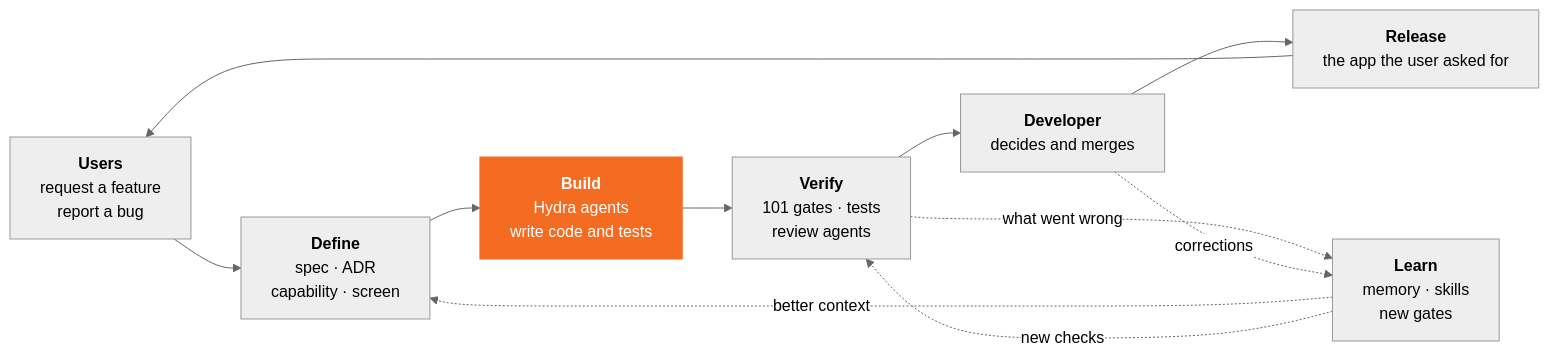
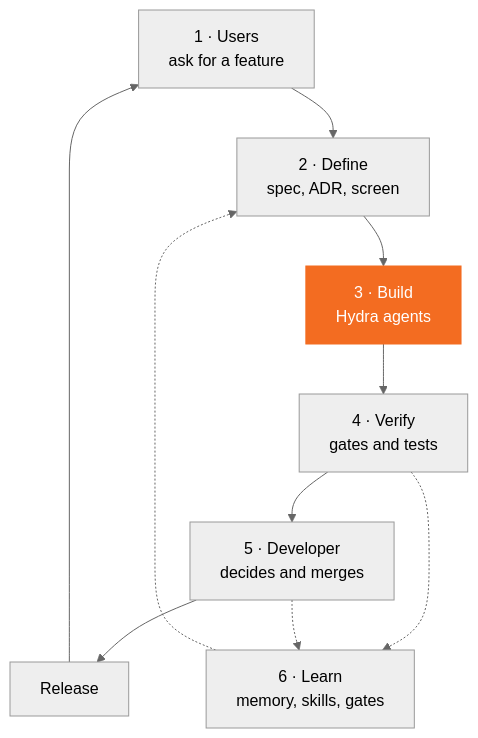
One commit to ConductionNL/.github changed the first of 3 diagrams in docs/WayOfWork/spec-driven-development.md. Above: the diagram before and after it, drawn with Mermaid (neutral theme). The commit also changed other lines of this file and 1 other file, not shown here.

Commit message:
fix(docs): make Mermaid labels readable site-wide
Mermaid wraps each label in a <p> and sizes the box from its own
14px / 1.5 / nowrap div. The site's paragraph size, line height, margin,
wrapping and colour applied inside the SVG, so every label overflowed its
box and rendered dark on cobalt; bold text took the site's dark <b>
colour. The edge-label rule changed font and padding after Mermaid had
measured, so edge labels clipped to empty bars.

Labels now inherit the measured styles. The code-factory loop is redrawn
top-down with two-line labels and no edge captions.

````diff
--- a/docs/WayOfWork/spec-driven-development.md
+++ b/docs/WayOfWork/spec-driven-development.md
@@ -17,16 +17,13 @@
 ```mermaid
-flowchart LR
-  U["<b>Users</b><br/>request a feature<br/>report a bug"]
-  D["<b>Define</b><br/>spec · ADR<br/>capability · screen"]
-  B["<b>Build</b><br/>Hydra agents<br/>write code and tests"]:::accent
-  V["<b>Verify</b><br/>101 gates · tests<br/>review agents"]
-  H["<b>Developer</b><br/>decides and merges"]
-  R["<b>Release</b><br/>the app the user asked for"]
-  L["<b>Learn</b><br/>memory · skills<br/>new gates"]
-  U --> D --> B --> V --> H --> R --> U
-  V -. "what went wrong" .-> L
-  H -. "corrections" .-> L
-  L -. "better context" .-> D
-  L -. "new checks" .-> V
+flowchart TD
+  U["1 · Users<br/>ask for a feature"] --> D["2 · Define<br/>spec, ADR, screen"]
+  D --> B["3 · Build<br/>Hydra agents"]:::accent
+  B --> V["4 · Verify<br/>gates and tests"]
+  V --> H["5 · Developer<br/>decides and merges"]
+  H --> R["Release"]
+  R --> U
+  V -.-> L["6 · Learn<br/>memory, skills, gates"]
+  H -.-> L
+  L -.-> D
   classDef accent fill:#F36C21,stroke:#F36C21,color:#fff;
 ```
````
